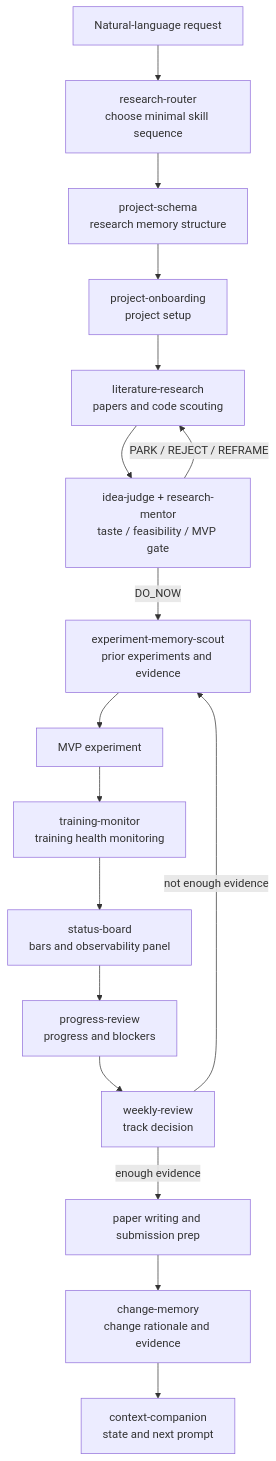
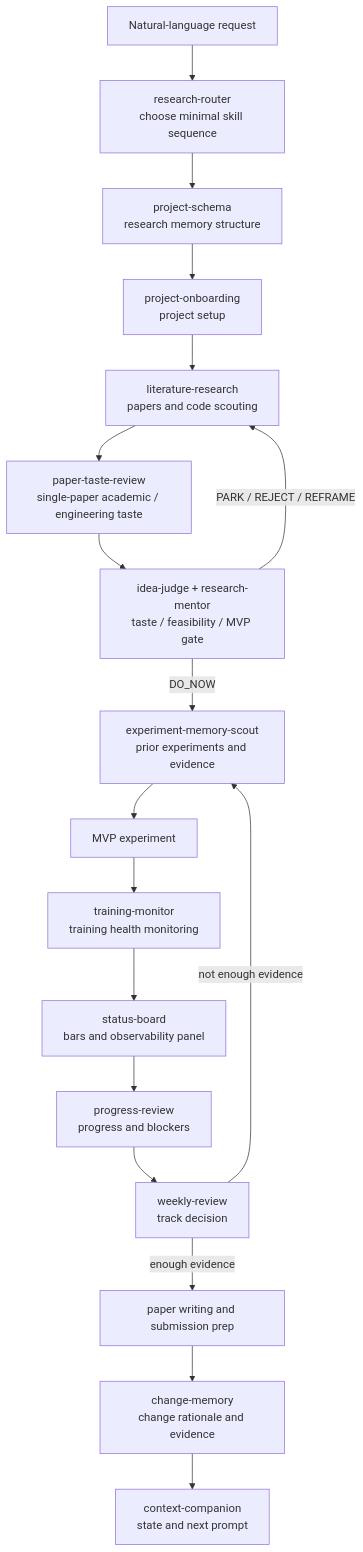
Before and after one commit to zengleilei123/ai-research-companion-codex-plugin: the first of 2 diagrams in README.en.md, drawn with Mermaid. The commit also changed other lines of this file and 10 other files, not shown here.

Commit message:
feat: add paper taste review skill

````diff
--- a/README.en.md
+++ b/README.en.md
@@ -30,19 +31,20 @@
 ```mermaid
 flowchart TD
     A["Natural-language request"] --> R["research-router<br/>choose minimal skill sequence"]
     R --> S["project-schema<br/>research memory structure"]
     S --> B["project-onboarding<br/>project setup"]
     B --> C["literature-research<br/>papers and code scouting"]
-    C --> D["idea-judge + research-mentor<br/>taste / feasibility / MVP gate"]
+    C --> P["paper-taste-review<br/>single-paper academic / engineering taste"]
+    P --> D["idea-judge + research-mentor<br/>taste / feasibility / MVP gate"]
     D -->|"DO_NOW"| E["experiment-memory-scout<br/>prior experiments and evidence"]
     D -->|"PARK / REJECT / REFRAME"| C
     E --> F["MVP experiment"]
     F --> G["training-monitor<br/>training health monitoring"]
     G --> O["status-board<br/>bars and observability panel"]
     O --> H["progress-review<br/>progress and blockers"]
     H --> I["weekly-review<br/>track decision"]
     I -->|"enough evidence"| J["paper writing and submission prep"]
     I -->|"not enough evidence"| E
     J --> K["change-memory<br/>change rationale and evidence"]
     K --> L["context-companion<br/>state and next prompt"]
 ```
````
